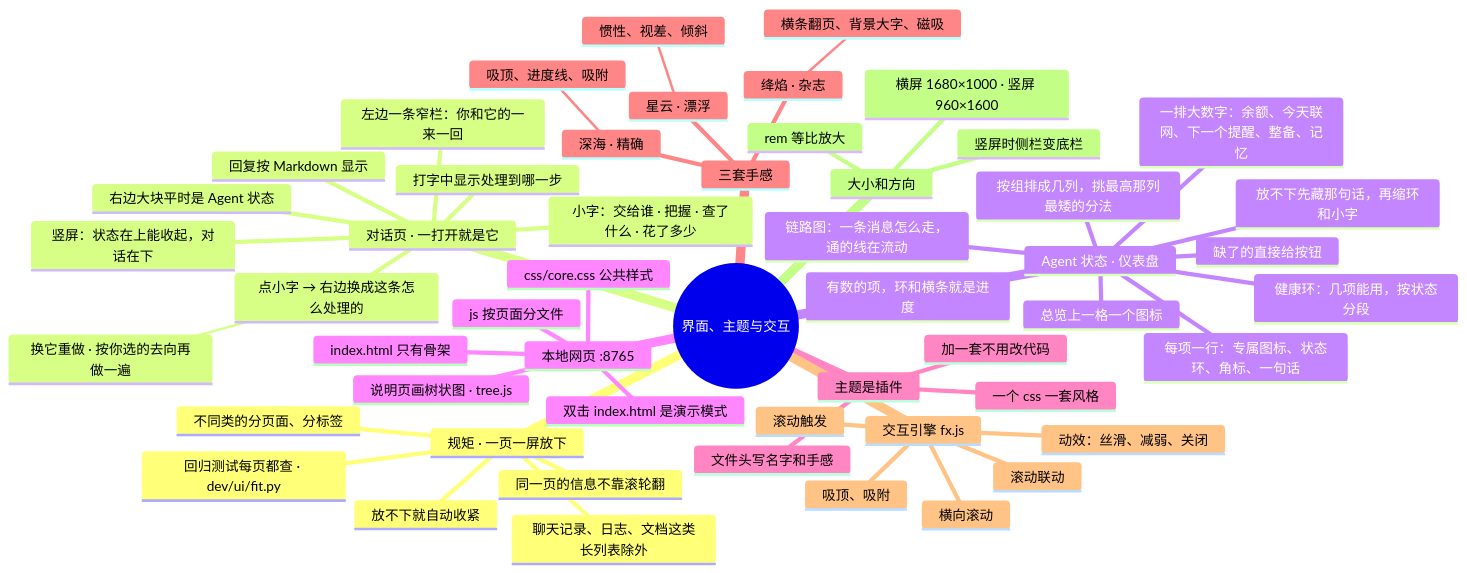
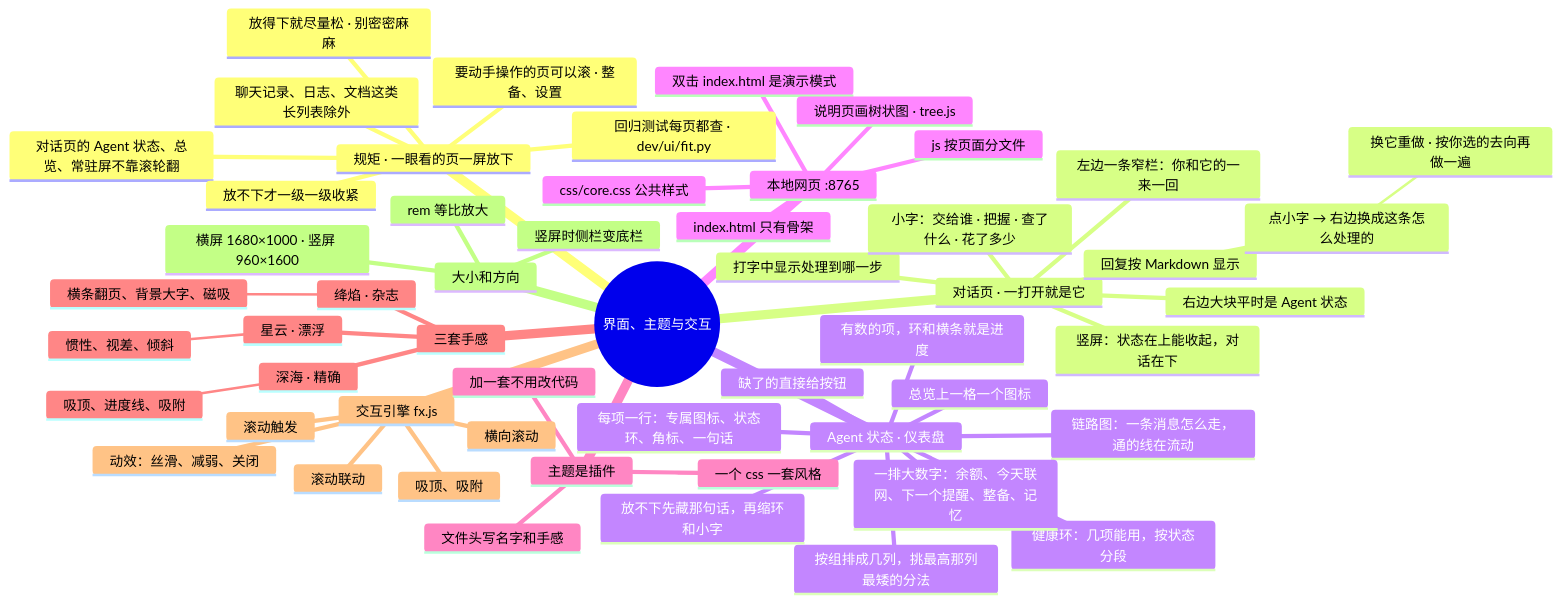
Before and after one commit to lql-076/Experiment-Agent-One: the diagram in docs/AI文档/架构/12-界面主题与交互.md, drawn with Mermaid. The commit also changed other lines of this file and 28 other files, not shown here.

````diff
--- a/docs/AI文档/架构/12-界面主题与交互.md
+++ b/docs/AI文档/架构/12-界面主题与交互.md
@@ -9,56 +9,57 @@
 ```mermaid
 mindmap
   root((界面、主题与交互))
-    规矩 · 一页一屏放下
-      同一页的信息不靠滚轮翻
-      不同类的分页面、分标签
-      放不下就自动收紧
+    规矩 · 一眼看的页一屏放下
+      对话页的 Agent 状态、总览、常驻屏不靠滚轮翻
+      放得下就尽量松 · 别密密麻麻
+      放不下才一级一级收紧
+      要动手操作的页可以滚 · 整备、设置
       聊天记录、日志、文档这类长列表除外
       回归测试每页都查 · dev/ui/fit.py
     对话页 · 一打开就是它
       左边一条窄栏：你和它的一来一回
       回复按 Markdown 显示
       打字中显示处理到哪一步
       小字：交给谁 · 把握 · 查了什么 · 花了多少
       点小字 → 右边换成这条怎么处理的
         换它重做 · 按你选的去向再做一遍
       右边大块平时是 Agent 状态
       竖屏：状态在上能收起，对话在下
     Agent 状态 · 仪表盘
       健康环：几项能用，按状态分段
       链路图：一条消息怎么走，通的线在流动
       一排大数字：余额、今天联网、下一个提醒、整备、记忆
       按组排成几列，挑最高那列最矮的分法
       每项一行：专属图标、状态环、角标、一句话
       有数的项，环和横条就是进度
       放不下先藏那句话，再缩环和小字
       缺了的直接给按钮
       总览上一格一个图标
     本地网页 :8765
       index.html 只有骨架
       css/core.css 公共样式
       js 按页面分文件
       双击 index.html 是演示模式
       说明页画树状图 · tree.js
     主题是插件
       一个 css 一套风格
       文件头写名字和手感
       加一套不用改代码
     三套手感
       星云 · 漂浮
         惯性、视差、倾斜
       深海 · 精确
         吸顶、进度线、吸附
       绛焰 · 杂志
         横条翻页、背景大字、磁吸
     交互引擎 fx.js
       滚动触发
       滚动联动
       吸顶、吸附
       横向滚动
       动效：丝滑、减弱、关闭
     大小和方向
       rem 等比放大
       横屏 1680×1000 · 竖屏 960×1600
       竖屏时侧栏变底栏
 ```
````
